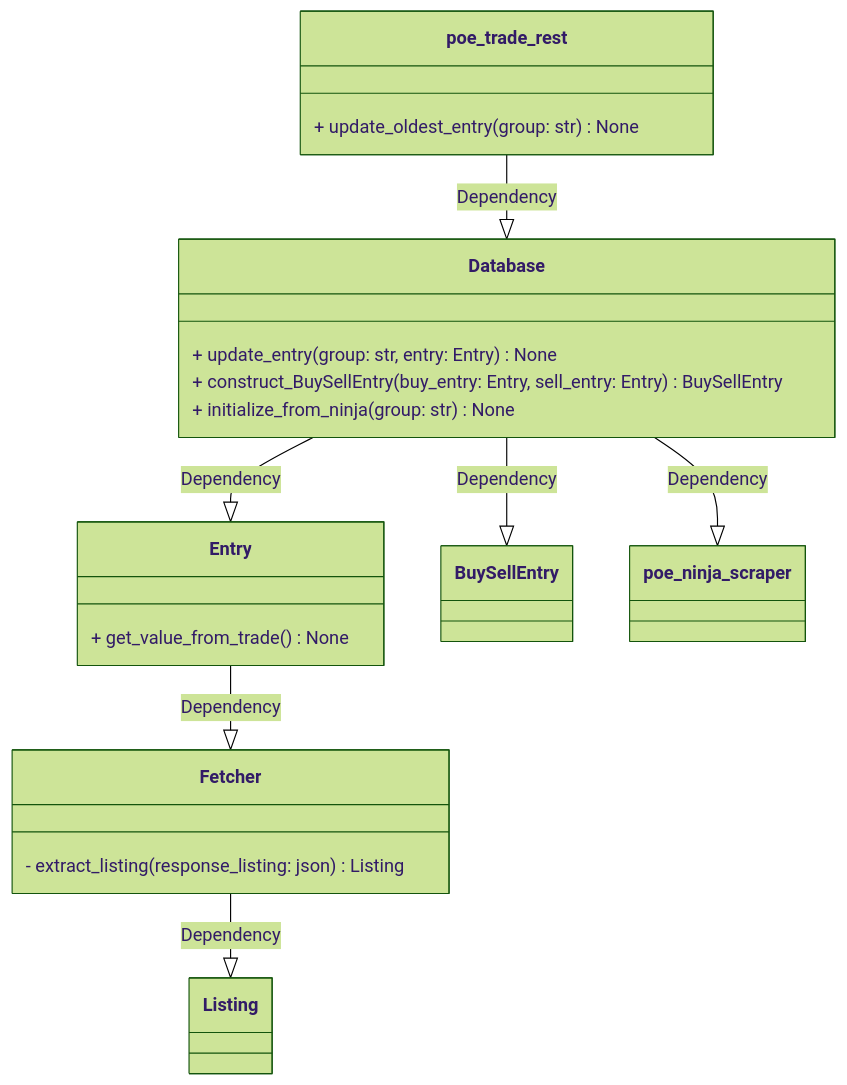
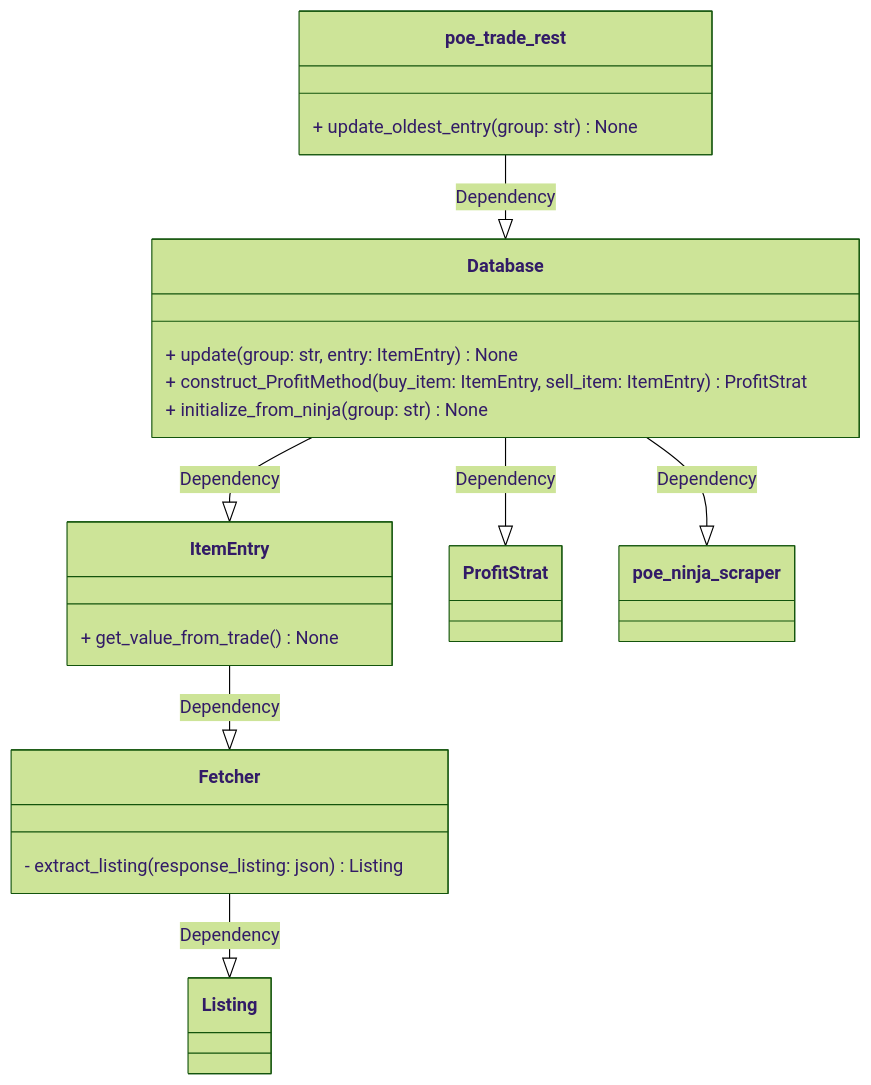
Diagram 11 of 16 in documentation/software-design-document.md (DixieSquad/weary-traveler), drawn with Mermaid (forest theme) before and after one commit. The commit also changed other lines of this file, not shown here.

Commit message:
Update design docs for v0.2.0 - Renamed Entry to ItemEntry - Renamed BuySellEntry to ProfitStrat

````diff
--- a/documentation/software-design-document.md
+++ b/documentation/software-design-document.md
@@ -406,29 +406,29 @@
 ```mermaid
 classDiagram
 
 class poe_trade_rest{
     + update_oldest_entry(group: str) None
 }
 
 class Database{
-    + update_entry(group: str, entry: Entry) None
-    + construct_BuySellEntry(buy_entry: Entry, sell_entry: Entry) BuySellEntry
+    + update(group: str, entry: ItemEntry) None
+    + construct_ProfitMethod(buy_item: ItemEntry, sell_item: ItemEntry) ProfitStrat
     + initialize_from_ninja(group: str) None
 }
 
-class Entry{
+class ItemEntry{
     + get_value_from_trade() None
 }
 
 class Fetcher{
     - extract_listing(response_listing: json) Listing
 }
 
 poe_trade_rest --|> Database: Dependency
-Database --|> Entry: Dependency
-Database --|> BuySellEntry: Dependency
+Database --|> ItemEntry: Dependency
+Database --|> ProfitStrat: Dependency
 Database --|> poe_ninja_scraper: Dependency
-Entry --|> Fetcher: Dependency
+ItemEntry --|> Fetcher: Dependency
 Fetcher --|> Listing: Dependency
 
 ```
````
